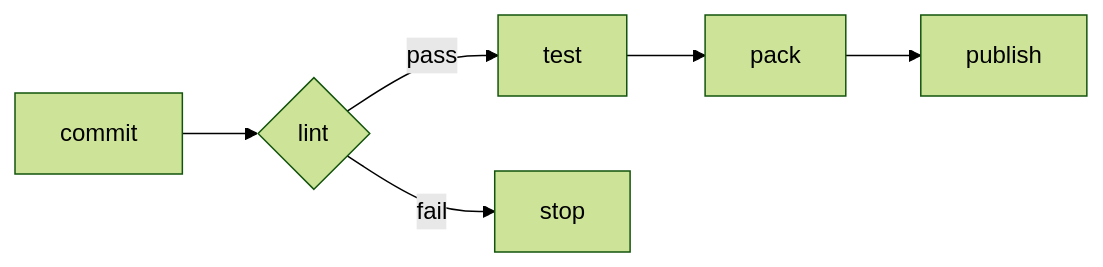
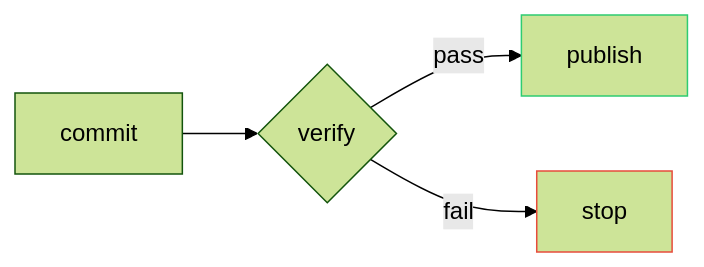
The diagram in scripts/gallery/mermaid.md (mopi1402/tayomi-cc-views), drawn with Mermaid (forest theme) before and after one commit. The commit also changed 22 other files, not shown here.

````diff
--- a/scripts/gallery/mermaid.md
+++ b/scripts/gallery/mermaid.md
@@ -2,8 +2,10 @@
 ```mermaid
 flowchart LR
-    A[commit] --> B{lint}
-    B -->|pass| C[test]
+    A[commit] --> B{verify}
+    B -->|pass| C[publish]
     B -->|fail| S[stop]
-    C --> D[pack]
-    D --> E[publish]
+    classDef ok stroke:#2ecc71
+    classDef ko stroke:#e74c3c
+    class C ok
+    class S ko
 ```
````
